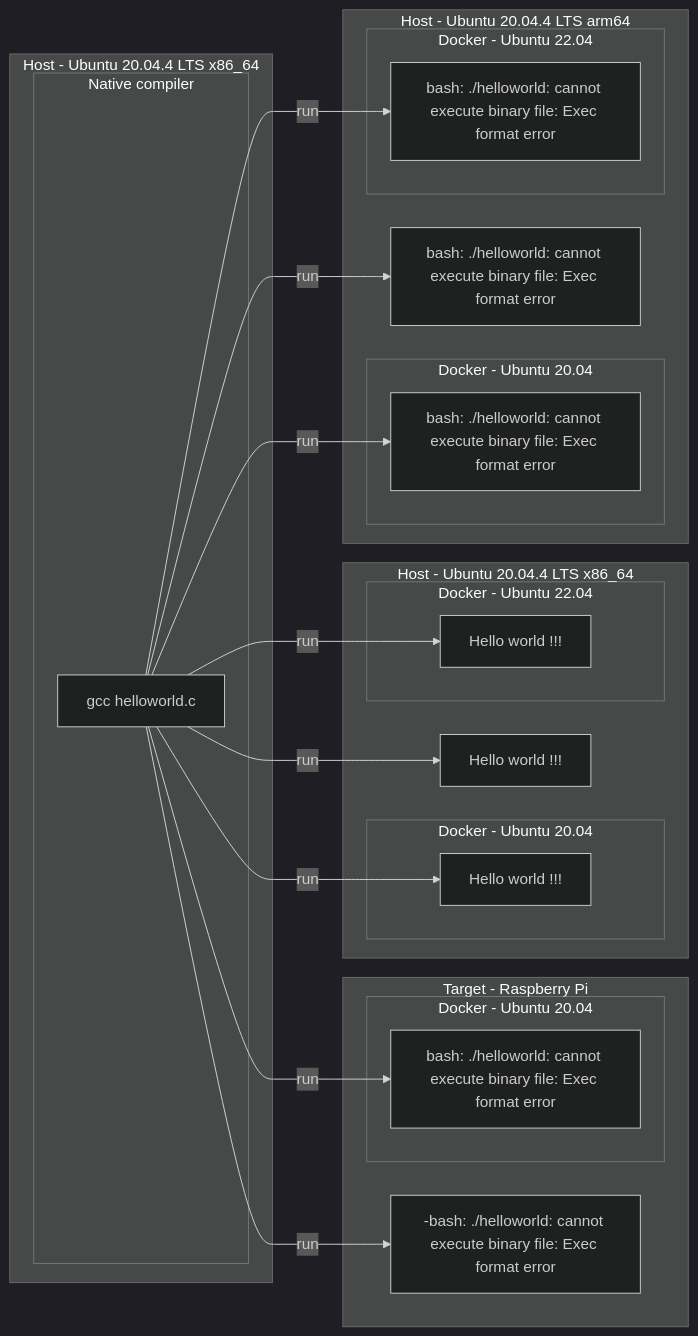
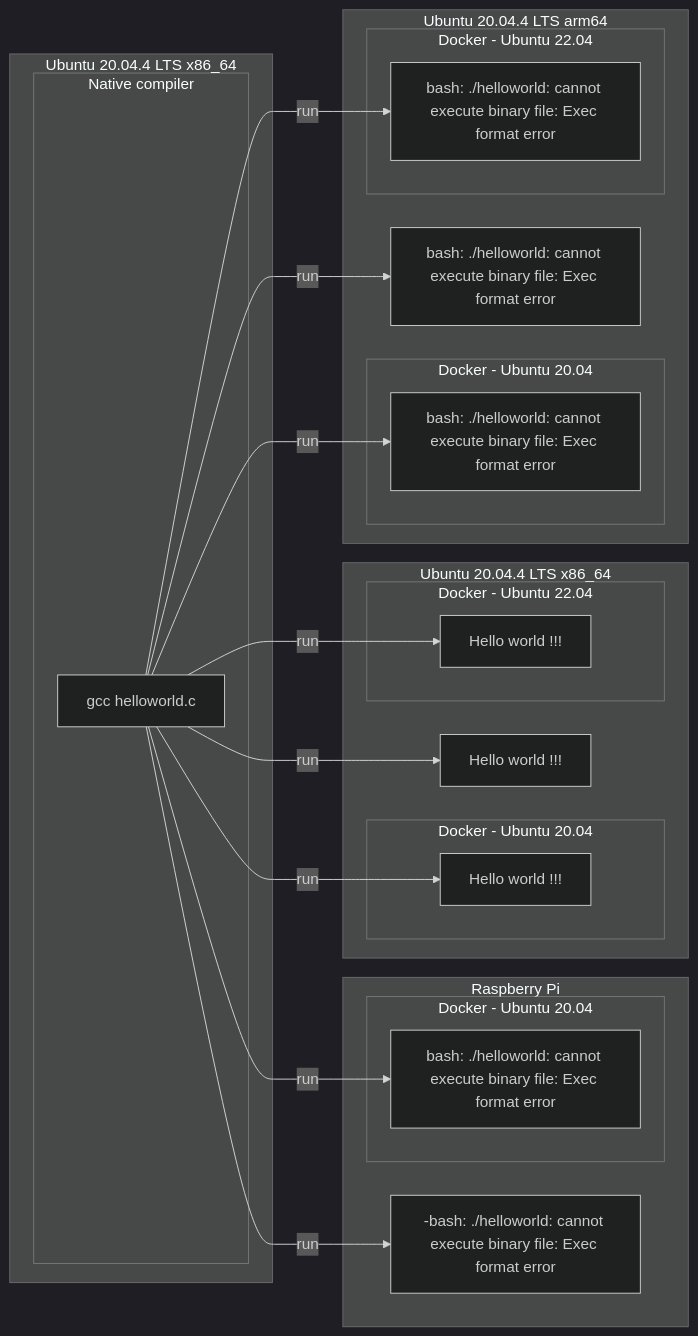
Before and after one commit to lankahsu520/CrossCompilationX: the third of 12 diagrams in README.md, drawn with Mermaid (dark theme). The commit also changed other lines of this file, not shown here.

Commit message:
update README.md, remove "Host - ","Target -"

````diff
--- a/README.md
+++ b/README.md
@@ -121,46 +121,46 @@
 ```mermaid
 flowchart LR
-	subgraph Host[Host - Ubuntu 20.04.4 LTS x86_64]
+	subgraph Host[Ubuntu 20.04.4 LTS x86_64]
 		subgraph Native[Native compiler]
 			gcc[gcc helloworld.c]
 		end
 	end
 
-	subgraph Target[Target - Raspberry Pi]
+	subgraph Target[Raspberry Pi]
 		helloworld_run_pi[-bash: ./helloworld: cannot execute binary file: Exec format error]
 		subgraph DockerPIU[Docker - Ubuntu 20.04]
 			helloworld_run_pi_u_docker[bash: ./helloworld: cannot execute binary file: Exec format error]
 		end
 	end
 
-	subgraph HostA[Host - Ubuntu 20.04.4 LTS x86_64]
+	subgraph HostA[Ubuntu 20.04.4 LTS x86_64]
 		helloworld_run_host[Hello world !!!]
 		subgraph DockerAU2004[Docker - Ubuntu 20.04]
 			helloworld_run_AU2004_docker[Hello world !!!]
 		end
  		subgraph DockerAU2204[Docker - Ubuntu 22.04]
 			helloworld_run_AU2204_docker[Hello world !!!]
 		end
   end
 
-	subgraph Host-arm64[Host - Ubuntu 20.04.4 LTS arm64]
+	subgraph Host-arm64[Ubuntu 20.04.4 LTS arm64]
 		helloworld_run_host-arm64[bash: ./helloworld: cannot execute binary file: Exec format error]
 		subgraph DockerAU2004-arm64[Docker - Ubuntu 20.04]
 			helloworld_run_AU2004_docker-arm64[bash: ./helloworld: cannot execute binary file: Exec format error]
 		end
  		subgraph DockerAU2204-arm64[Docker - Ubuntu 22.04]
 			helloworld_run_AU2204_docker-arm64[bash: ./helloworld: cannot execute binary file: Exec format error]
 		end
   end
 
 	gcc --> |run|helloworld_run_host
 	gcc --> |run|helloworld_run_AU2004_docker
 	gcc --> |run|helloworld_run_AU2204_docker
 
 	gcc --> |run|helloworld_run_pi
 	gcc --> |run|helloworld_run_pi_u_docker
 
 	gcc --> |run|helloworld_run_host-arm64
 	gcc --> |run|helloworld_run_AU2004_docker-arm64
 	gcc --> |run|helloworld_run_AU2204_docker-arm64
 ```
````
